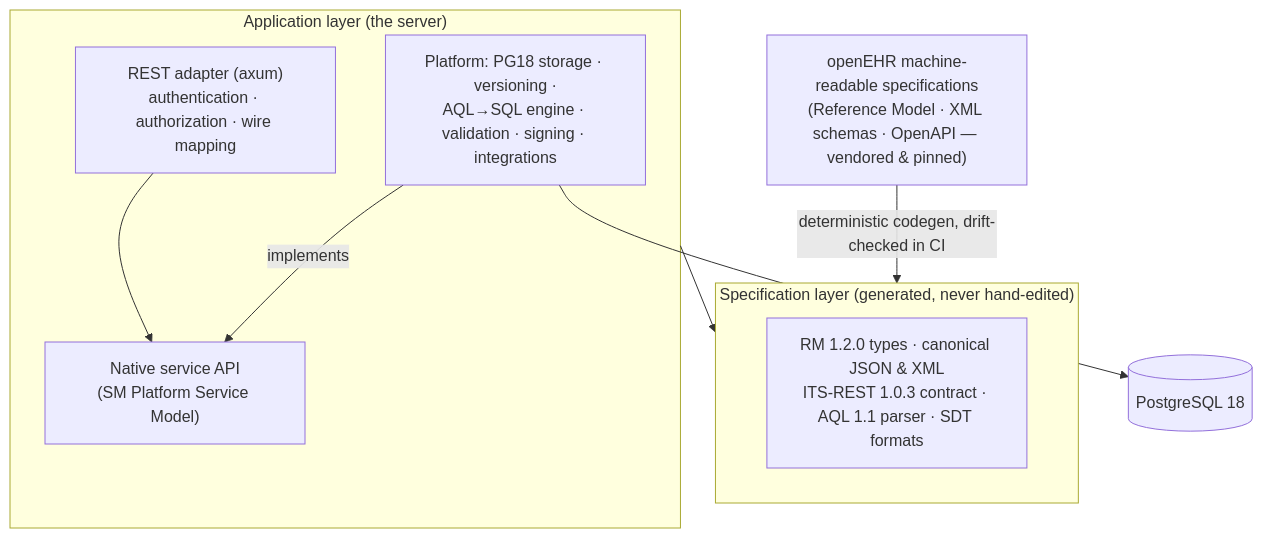
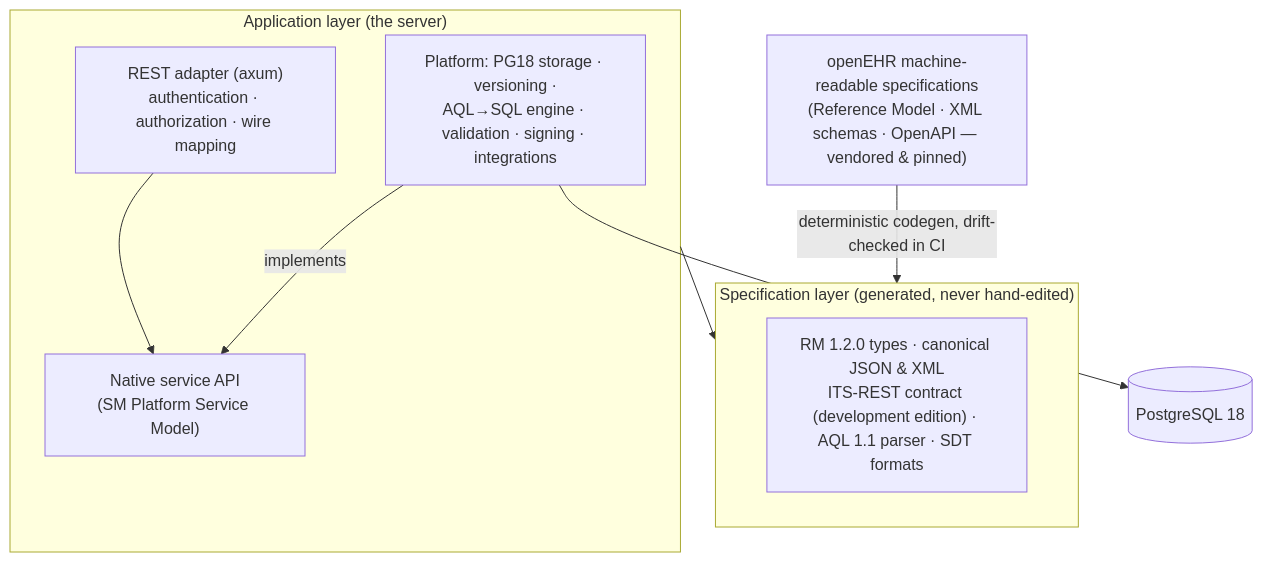
The diagram in website/book/src/concepts/architecture.md (rubentalstra/FerroEHR), drawn with Mermaid before and after one commit. The commit also changed 15 other files, not shown here.

````diff
--- a/website/book/src/concepts/architecture.md
+++ b/website/book/src/concepts/architecture.md
@@ -12,22 +12,22 @@
 ```mermaid
 flowchart TB
     specs["openEHR machine-readable specifications<br/>(Reference Model · XML schemas · OpenAPI — vendored &amp; pinned)"]
 
     subgraph gen ["Specification layer (generated, never hand-edited)"]
-        types["RM 1.2.0 types · canonical JSON &amp; XML<br/>ITS-REST 1.0.3 contract · AQL 1.1 parser · SDT formats"]
+        types["RM 1.2.0 types · canonical JSON &amp; XML<br/>ITS-REST contract (development edition) · AQL 1.1 parser · SDT formats"]
     end
 
     subgraph app ["Application layer (the server)"]
         rest["REST adapter (axum)<br/>authentication · authorization · wire mapping"]
         sm["Native service API<br/>(SM Platform Service Model)"]
         core["Platform: PG18 storage · versioning ·<br/>AQL→SQL engine · validation · signing · integrations"]
     end
 
     db[("PostgreSQL 18")]
 
     specs -->|deterministic codegen, drift-checked in CI| gen
     rest --> sm
     core -->|implements| sm
     app --> gen
     core --> db
 ```
````
